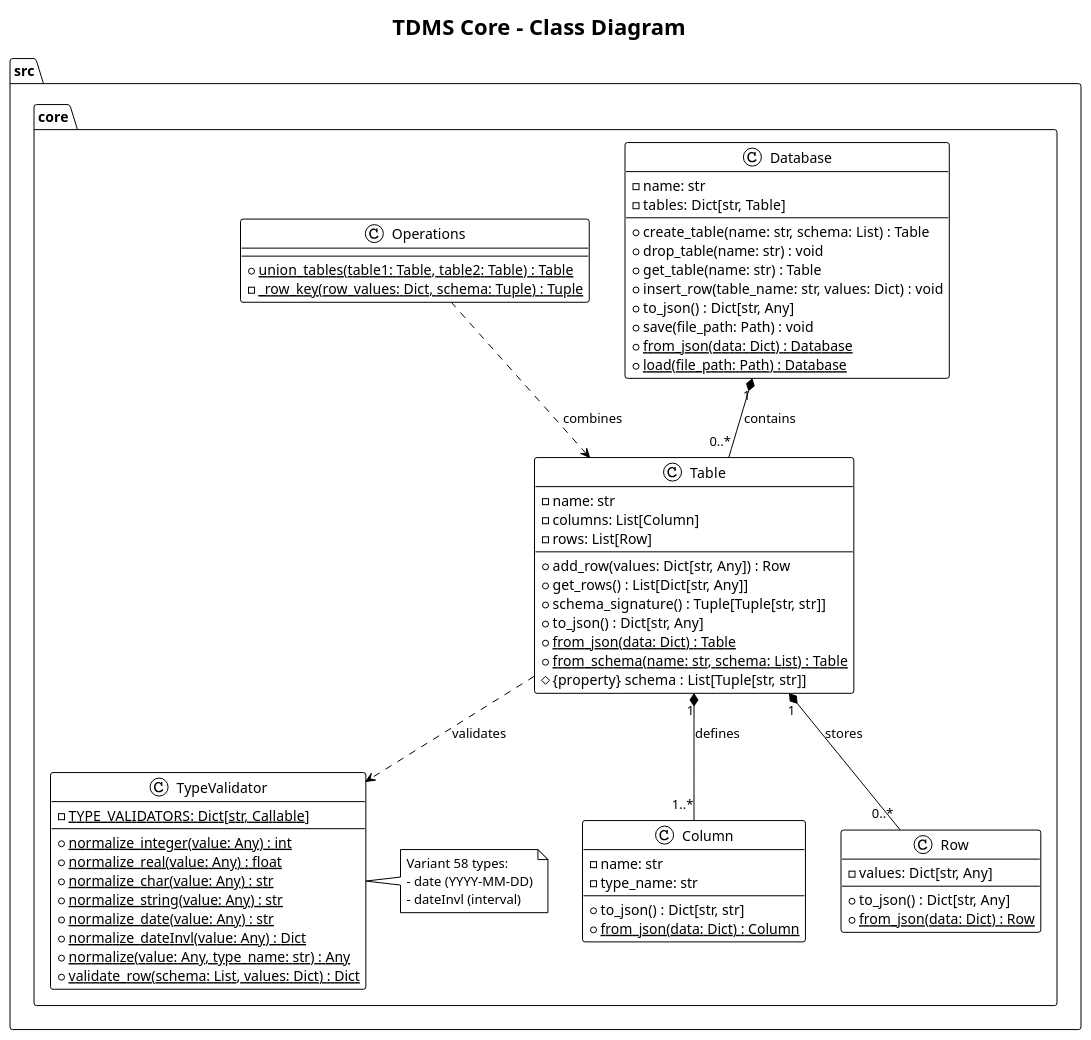
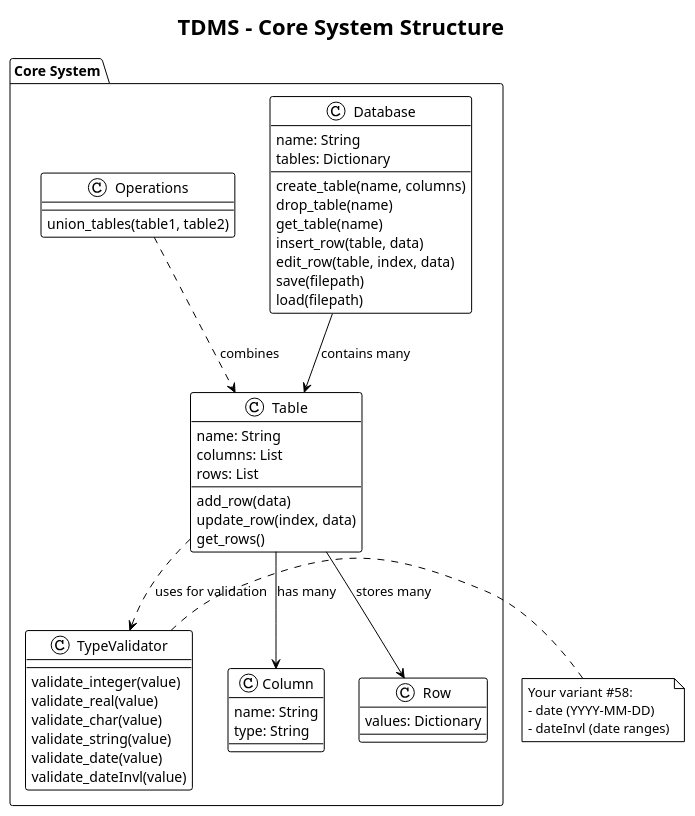
Before and after one commit to PavelShpagin/TDMS: the diagram in UML/02_class_core.puml, drawn with PlantUML. The commit also changed 26 other files, not shown here.

First line of the commit message:
Simplify and humanize UML diagrams based on actual code

```diff
--- a/UML/02_class_core.puml
+++ b/UML/02_class_core.puml
@@ -1,82 +1,66 @@
 @startuml class_core
 !theme plain
-title TDMS Core - Class Diagram
+title TDMS - Core System Structure
 
-package "src.core" {
+package "Core System" {
   class Database {
-    - name: str
-    - tables: Dict[str, Table]
+    name: String
+    tables: Dictionary
     --
-    + create_table(name: str, schema: List) : Table
-    + drop_table(name: str) : void
-    + get_table(name: str) : Table
-    + insert_row(table_name: str, values: Dict) : void
-    + to_json() : Dict[str, Any]
-    + save(file_path: Path) : void
-    + {static} from_json(data: Dict) : Database
-    + {static} load(file_path: Path) : Database
+    create_table(name, columns)
+    drop_table(name)
+    get_table(name)
+    insert_row(table, data)
+    edit_row(table, index, data)
+    save(filepath)
+    load(filepath)
   }
 
   class Table {
-    - name: str
-    - columns: List[Column]
-    - rows: List[Row]
+    name: String
+    columns: List
+    rows: List
     --
-    + add_row(values: Dict[str, Any]) : Row
-    + get_rows() : List[Dict[str, Any]]
-    + schema_signature() : Tuple[Tuple[str, str]]
-    + to_json() : Dict[str, Any]
-    + {static} from_json(data: Dict) : Table
-    + {static} from_schema(name: str, schema: List) : Table
-    # {property} schema : List[Tuple[str, str]]
+    add_row(data)
+    update_row(index, data)
+    get_rows()
   }
 
   class Column {
-    - name: str
-    - type_name: str
-    --
-    + to_json() : Dict[str, str]
-    + {static} from_json(data: Dict) : Column
+    name: String
+    type: String
   }
 
   class Row {
-    - values: Dict[str, Any]
-    --
-    + to_json() : Dict[str, Any]
-    + {static} from_json(data: Dict) : Row
+    values: Dictionary
   }
 
   class TypeValidator {
-    - {static} TYPE_VALIDATORS: Dict[str, Callable]
     --
-    + {static} normalize_integer(value: Any) : int
-    + {static} normalize_real(value: Any) : float
-    + {static} normalize_char(value: Any) : str
-    + {static} normalize_string(value: Any) : str
-    + {static} normalize_date(value: Any) : str
-    + {static} normalize_dateInvl(value: Any) : Dict
-    + {static} normalize(value: Any, type_name: str) : Any
-    + {static} validate_row(schema: List, values: Dict) : Dict
+    validate_integer(value)
+    validate_real(value)
+    validate_char(value)
+    validate_string(value)
+    validate_date(value)
+    validate_dateInvl(value)
   }
 
   class Operations {
     --
-    + {static} union_tables(table1: Table, table2: Table) : Table
-    - {static} _row_key(row_values: Dict, schema: Tuple) : Tuple
+    union_tables(table1, table2)
   }
-
-  ' Relationships
-  Database "1" *-- "0..*" Table : contains
-  Table "1" *-- "1..*" Column : defines
-  Table "1" *-- "0..*" Row : stores
-  Table ..> TypeValidator : validates
-  Operations ..> Table : combines
-
-  note right of TypeValidator
-    Variant 58 types:
-    - date (YYYY-MM-DD)
-    - dateInvl (interval)
-  end note
 }
 
+Database --> Table : contains many
+Table --> Column : has many
+Table --> Row : stores many
+Table ..> TypeValidator : uses for validation
+Operations ..> Table : combines
+
+note right of TypeValidator
+  Your variant #58:
+  - date (YYYY-MM-DD)
+  - dateInvl (date ranges)
+end note
+
 @enduml
```
